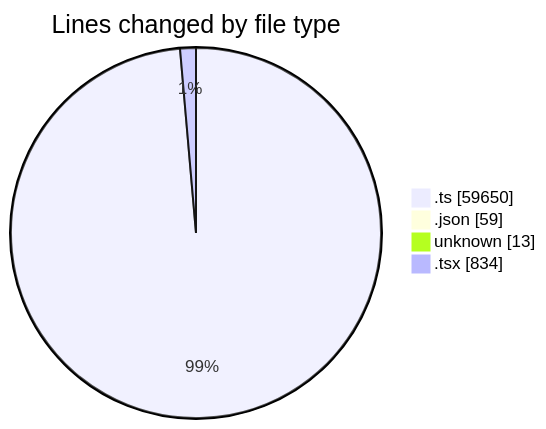
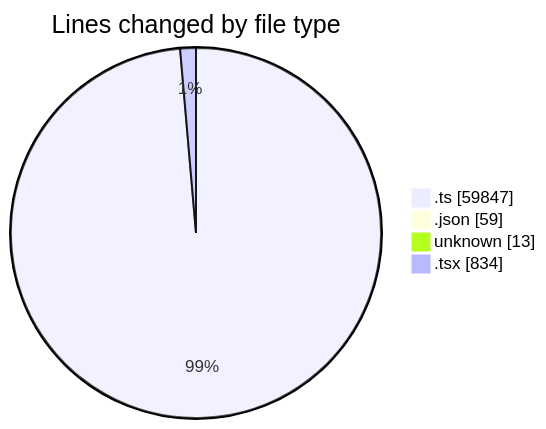
Before and after one commit to momahboobian/code-tracking: the first of 2 diagrams in 2025-09-09/cda/README.md, drawn with Mermaid. The commit also changed other lines of this file and 1 other file, not shown here.

````diff
--- a/2025-09-09/cda/README.md
+++ b/2025-09-09/cda/README.md
@@ -120,8 +121,8 @@
 ```mermaid
 pie showData
 title Lines changed by file type
-".ts" : 59650
+".ts" : 59847
 ".json" : 59
 "unknown" : 13
 ".tsx" : 834
 ```
````
